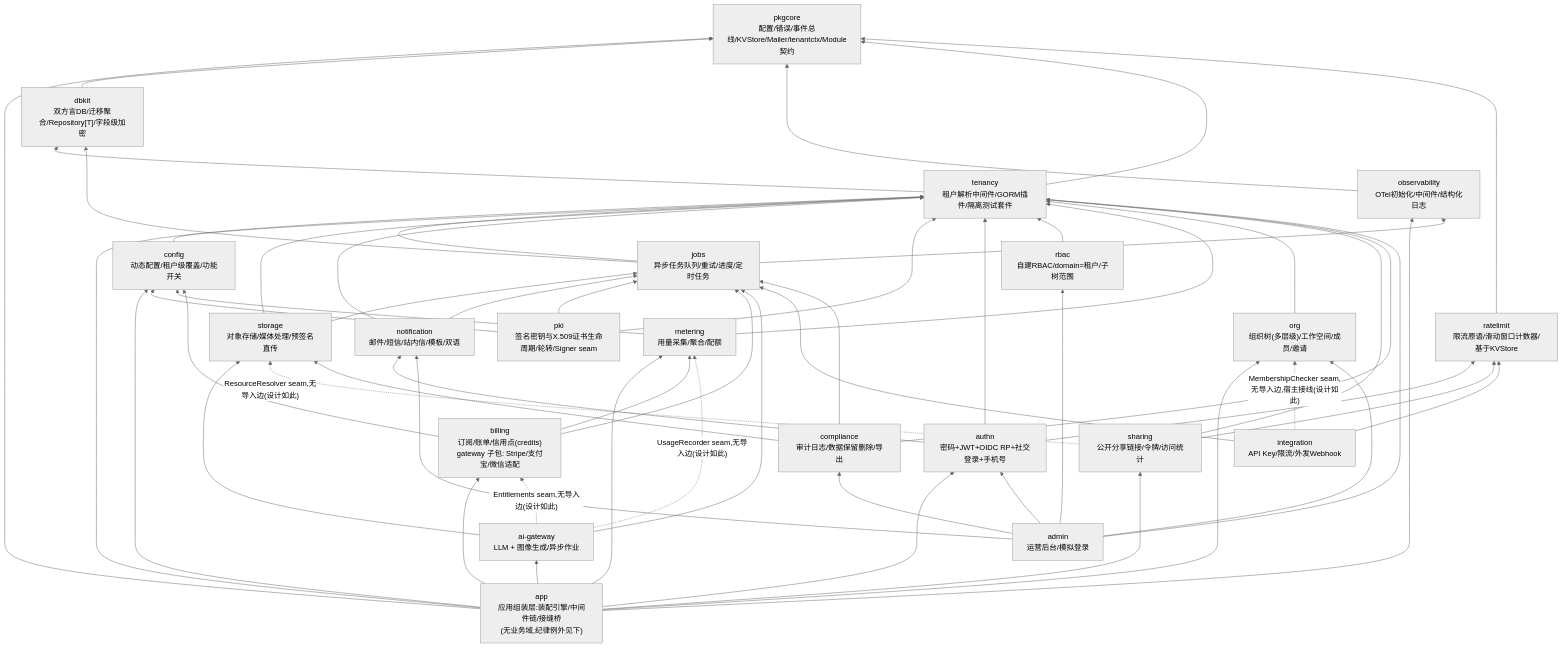
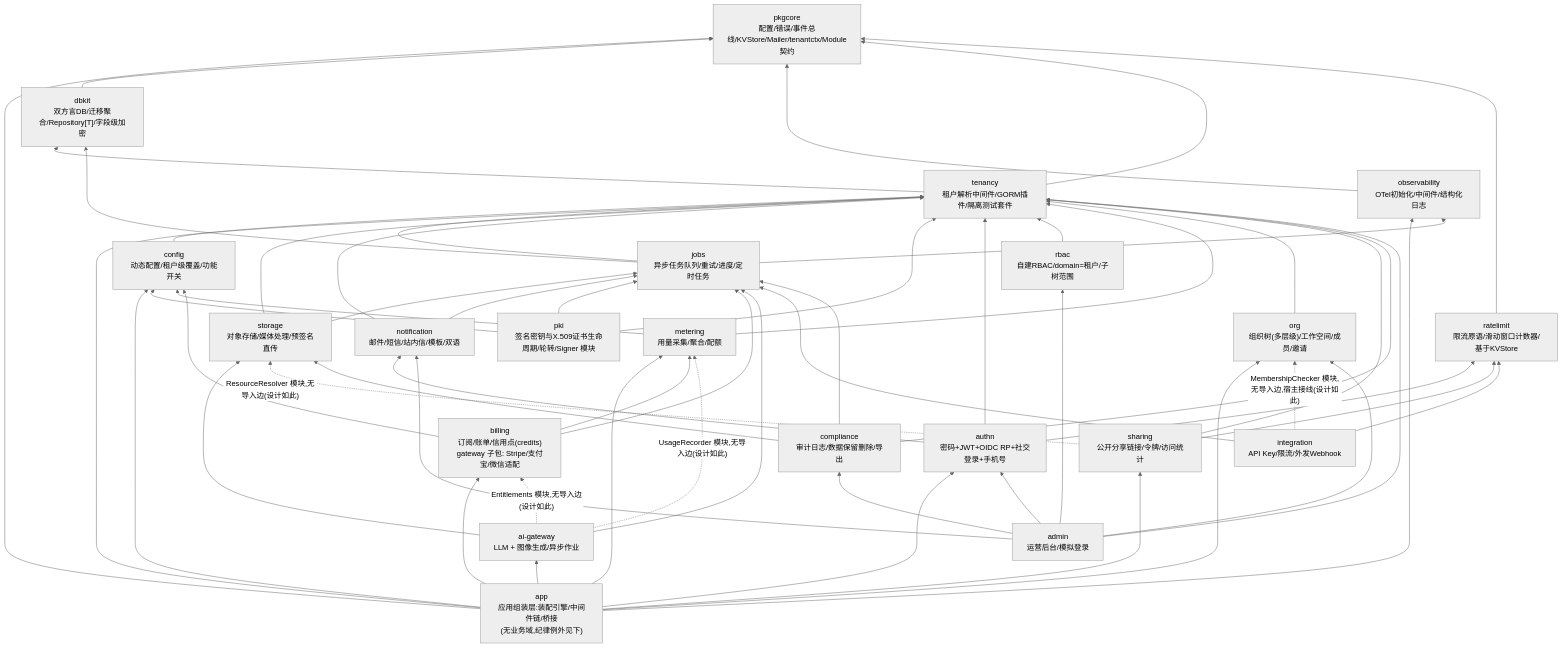
Before and after one commit to vislake/speed: the diagram in docs/internal/01-architecture.md, drawn with Mermaid (neutral theme). The commit also changed other lines of this file and 21 other files, not shown here.

````diff
--- a/docs/internal/01-architecture.md
+++ b/docs/internal/01-architecture.md
@@ -10,80 +10,80 @@
 ```mermaid
 graph BT
     pkgcore["pkgcore<br/>配置/错误/事件总线/KVStore/Mailer/tenantctx/Module契约"]
     dbkit["dbkit<br/>双方言DB/迁移聚合/Repository[T]/字段级加密"]
     obs["observability<br/>OTel初始化/中间件/结构化日志"]
     tenancy["tenancy<br/>租户解析中间件/GORM插件/隔离测试套件"]
     ratelimit["ratelimit<br/>限流原语/滑动窗口计数器/基于KVStore"]
     cfg["config<br/>动态配置/租户级覆盖/功能开关"]
     jobs["jobs<br/>异步任务队列/重试/进度/定时任务"]
     storage["storage<br/>对象存储/媒体处理/预签名直传"]
     notify["notification<br/>邮件/短信/站内信/模板/双语"]
-    pki["pki<br/>签名密钥与X.509证书生命周期/轮转/Signer seam"]
+    pki["pki<br/>签名密钥与X.509证书生命周期/轮转/Signer 模块"]
     authn["authn<br/>密码+JWT+OIDC RP+社交登录+手机号"]
     rbac["rbac<br/>自建RBAC/domain=租户/子树范围"]
     metering["metering<br/>用量采集/聚合/配额"]
     org["org<br/>组织树(多层级)/工作空间/成员/邀请"]
     billing["billing<br/>订阅/账单/信用点(credits)<br/>gateway 子包: Stripe/支付宝/微信适配"]
     ai["ai-gateway<br/>LLM + 图像生成/异步作业"]
     sharing["sharing<br/>公开分享链接/令牌/访问统计"]
     integ["integration<br/>API Key/限流/外发Webhook"]
     comp["compliance<br/>审计日志/数据保留删除/导出"]
     admin["admin<br/>运营后台/模拟登录"]
-    app["app<br/>应用组装层:装配引擎/中间件链/接缝桥<br/>(无业务域,纪律例外见下)"]
+    app["app<br/>应用组装层:装配引擎/中间件链/桥接<br/>(无业务域,纪律例外见下)"]
 
     app --> pkgcore
     app --> obs
     app --> tenancy
     app --> cfg
     app --> authn
     app --> org
     app --> metering
     app --> billing
     app --> sharing
     app --> ai
     dbkit --> pkgcore
     obs --> pkgcore
     tenancy --> pkgcore
     tenancy --> dbkit
     ratelimit --> pkgcore
     cfg --> tenancy
     jobs --> tenancy
     jobs --> obs
     jobs --> dbkit
     storage --> tenancy
     storage --> jobs
     notify --> tenancy
     notify --> jobs
     pki --> tenancy
     pki --> jobs
     pki --> cfg
     authn --> tenancy
     authn --> notify
     authn --> ratelimit
     rbac --> tenancy
     metering --> tenancy
     metering --> cfg
     org --> tenancy
     billing --> metering
     billing --> cfg
     billing --> jobs
     ai --> jobs
     ai --> storage
-    ai -.->|"Entitlements seam,无导入边(设计如此)"| billing
-    ai -.->|"UsageRecorder seam,无导入边(设计如此)"| metering
+    ai -.->|"Entitlements 模块,无导入边(设计如此)"| billing
+    ai -.->|"UsageRecorder 模块,无导入边(设计如此)"| metering
     sharing --> tenancy
     sharing --> ratelimit
-    sharing -.->|"ResourceResolver seam,无导入边(设计如此)"| storage
+    sharing -.->|"ResourceResolver 模块,无导入边(设计如此)"| storage
     integ --> jobs
     integ --> ratelimit
-    integ -.->|"MembershipChecker seam,无导入边,宿主接线(设计如此)"| org
+    integ -.->|"MembershipChecker 模块,无导入边,宿主接线(设计如此)"| org
     comp --> tenancy
     comp --> jobs
     comp --> storage
     admin --> rbac
     admin --> authn
     admin --> tenancy
     admin --> org
     admin --> notify
     admin --> comp
 ```
````
